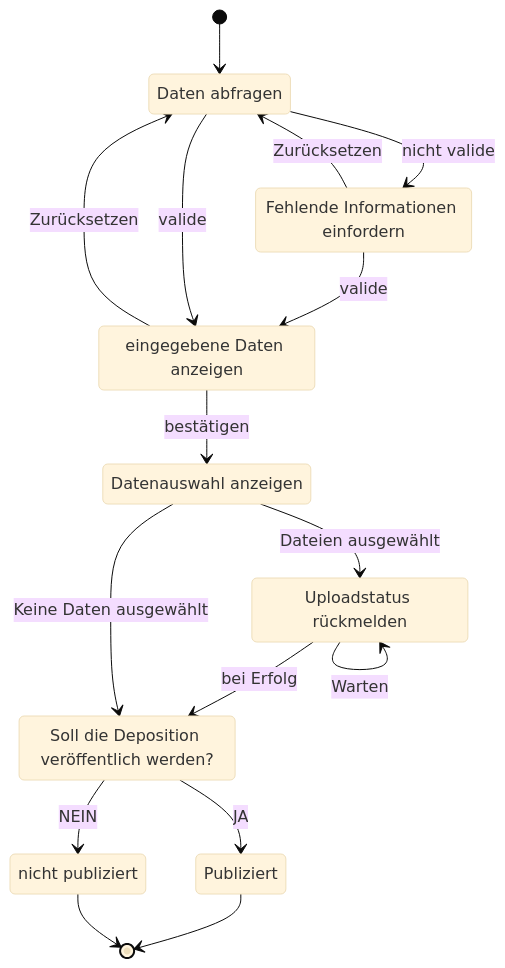
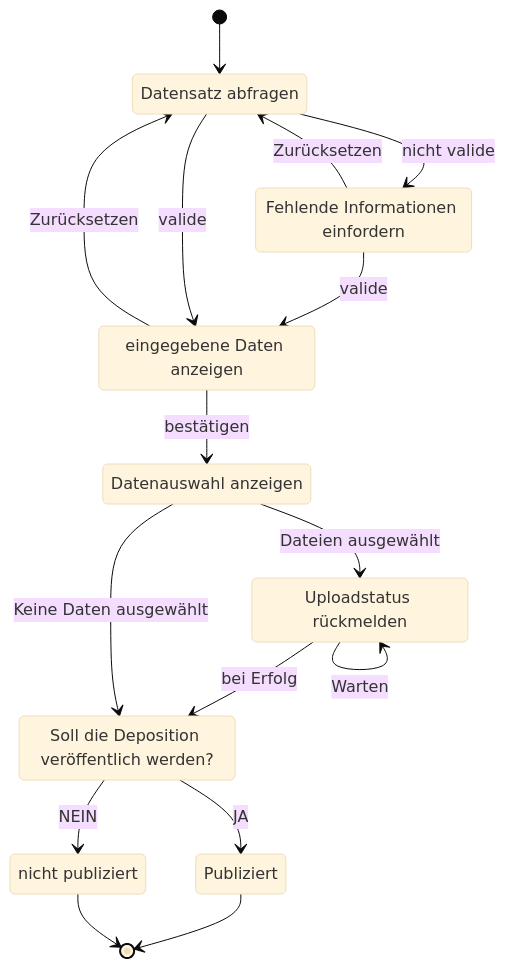
One commit to Sciebo-RDS/Sciebo-RDS changed the diagram in docs/content/doc/impl/adapters/spa-exporter.de.md. Above: the diagram before and after it, drawn with Mermaid (base theme). The commit also changed other lines of this file, not shown here.

````diff
--- a/docs/content/doc/impl/adapters/spa-exporter.de.md
+++ b/docs/content/doc/impl/adapters/spa-exporter.de.md
@@ -15,27 +23,27 @@
 ```mermaid
 stateDiagram
   [*] --> A
   A --> B: nicht valide
   B --> C: valide
   C --> D: bestätigen
   D --> E: Dateien ausgewählt
   E --> F: bei Erfolg
   E --> E: Warten
   F --> G: JA
   F --> H: NEIN
   G --> [*]
   H --> [*]
   B --> A: Zurücksetzen
   C --> A: Zurücksetzen
   D --> F: Keine Daten ausgewählt
   A --> C: valide
 
-  A: Daten abfragen
+  A: Datensatz abfragen
   B: Fehlende Informationen einfordern
   C: eingegebene Daten anzeigen
   D: Datenauswahl anzeigen
   E: Uploadstatus rückmelden
   F: Soll die Deposition veröffentlich werden?
   G: Publiziert
   H: nicht publiziert
 ```
````
